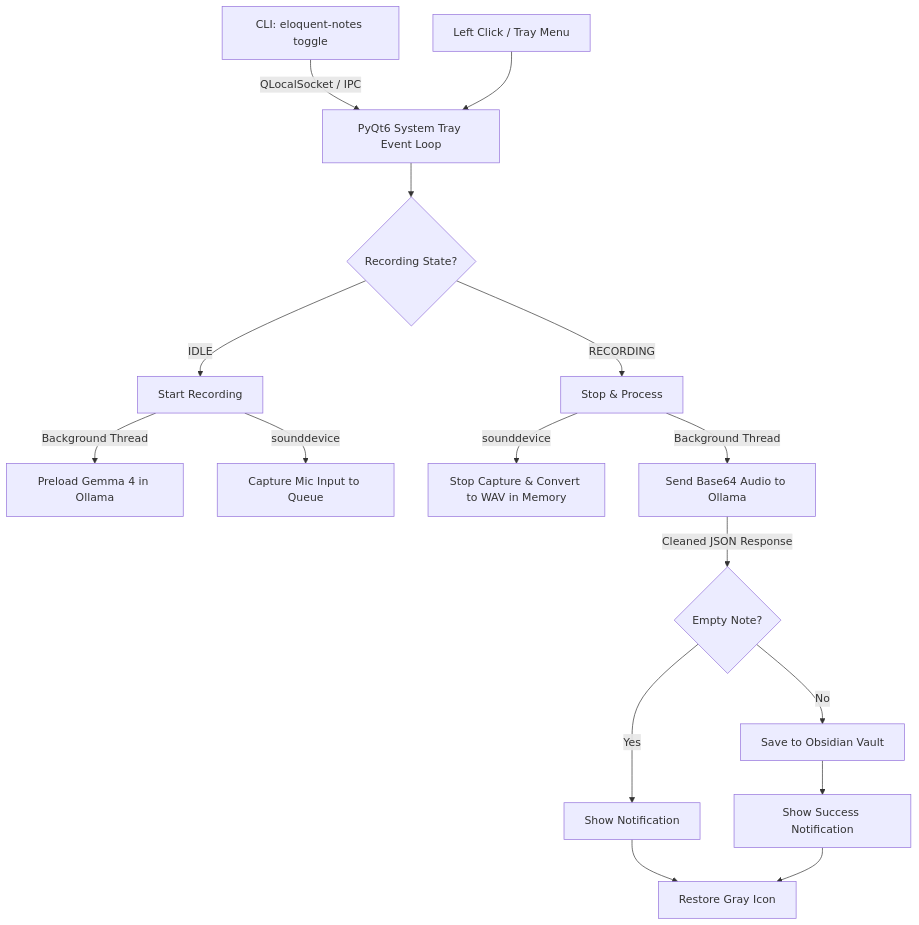
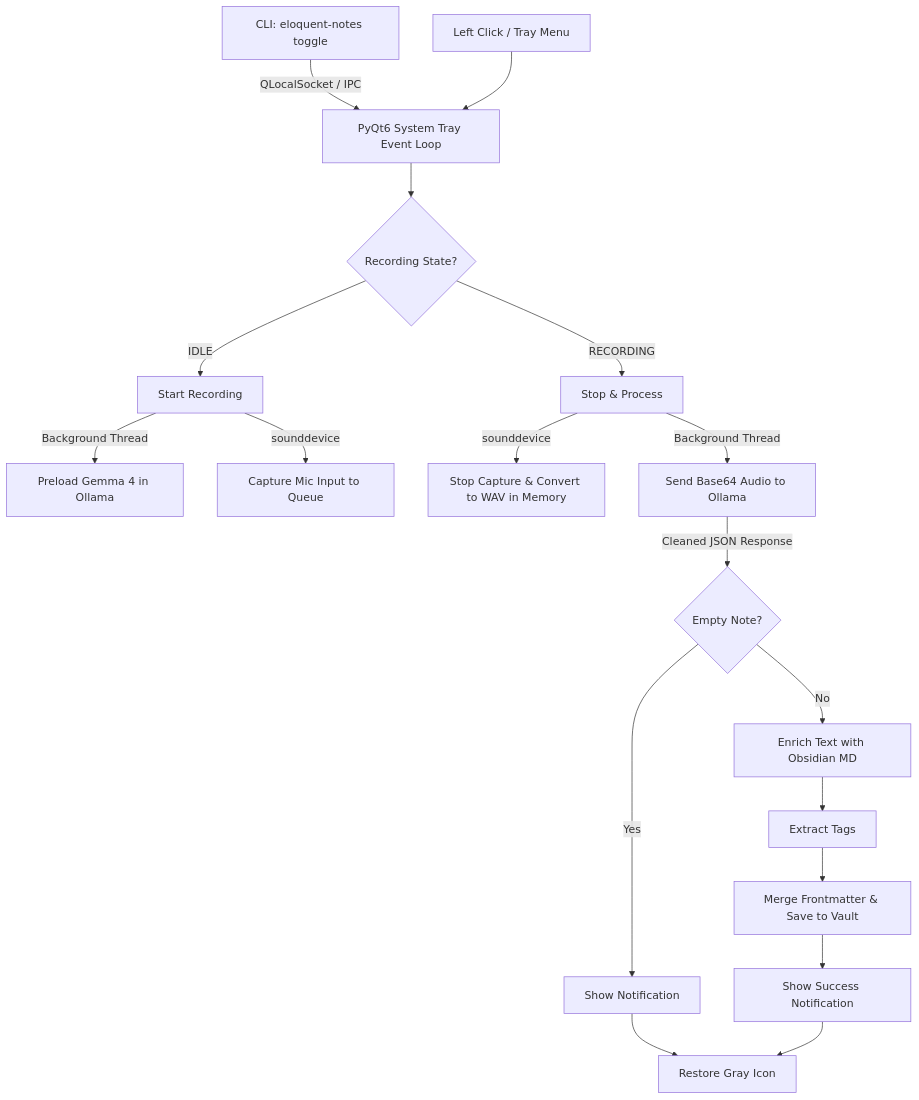
Before and after one commit to arrase/eloquent-notes: the diagram in README.md, drawn with Mermaid. The commit also changed other lines of this file, not shown here.

````diff
--- a/README.md
+++ b/README.md
@@ -184,22 +201,24 @@
 ```mermaid
 graph TD
     CLI[CLI: eloquent-notes toggle] -->|QLocalSocket / IPC| A[PyQt6 System Tray Event Loop]
     Tray[Left Click / Tray Menu] --> A
     A --> B{Recording State?}
     B -->|IDLE| C[Start Recording]
     B -->|RECORDING| D[Stop & Process]
     
     C -->|Background Thread| E[Preload Gemma 4 in Ollama]
     C -->|sounddevice| F[Capture Mic Input to Queue]
     
     D -->|sounddevice| G[Stop Capture & Convert to WAV in Memory]
     D -->|Background Thread| H[Send Base64 Audio to Ollama]
     
     H -->|Cleaned JSON Response| I{Empty Note?}
-    I -->|No| J[Save to Obsidian Vault]
+    I -->|No| J[Enrich Text with Obsidian MD]
+    J --> N[Extract Tags]
+    N --> O[Merge Frontmatter & Save to Vault]
     I -->|Yes| K[Show Notification]
     
-    J --> L[Show Success Notification]
+    O --> L[Show Success Notification]
     K --> M[Restore Gray Icon]
     L --> M
 ```
````
